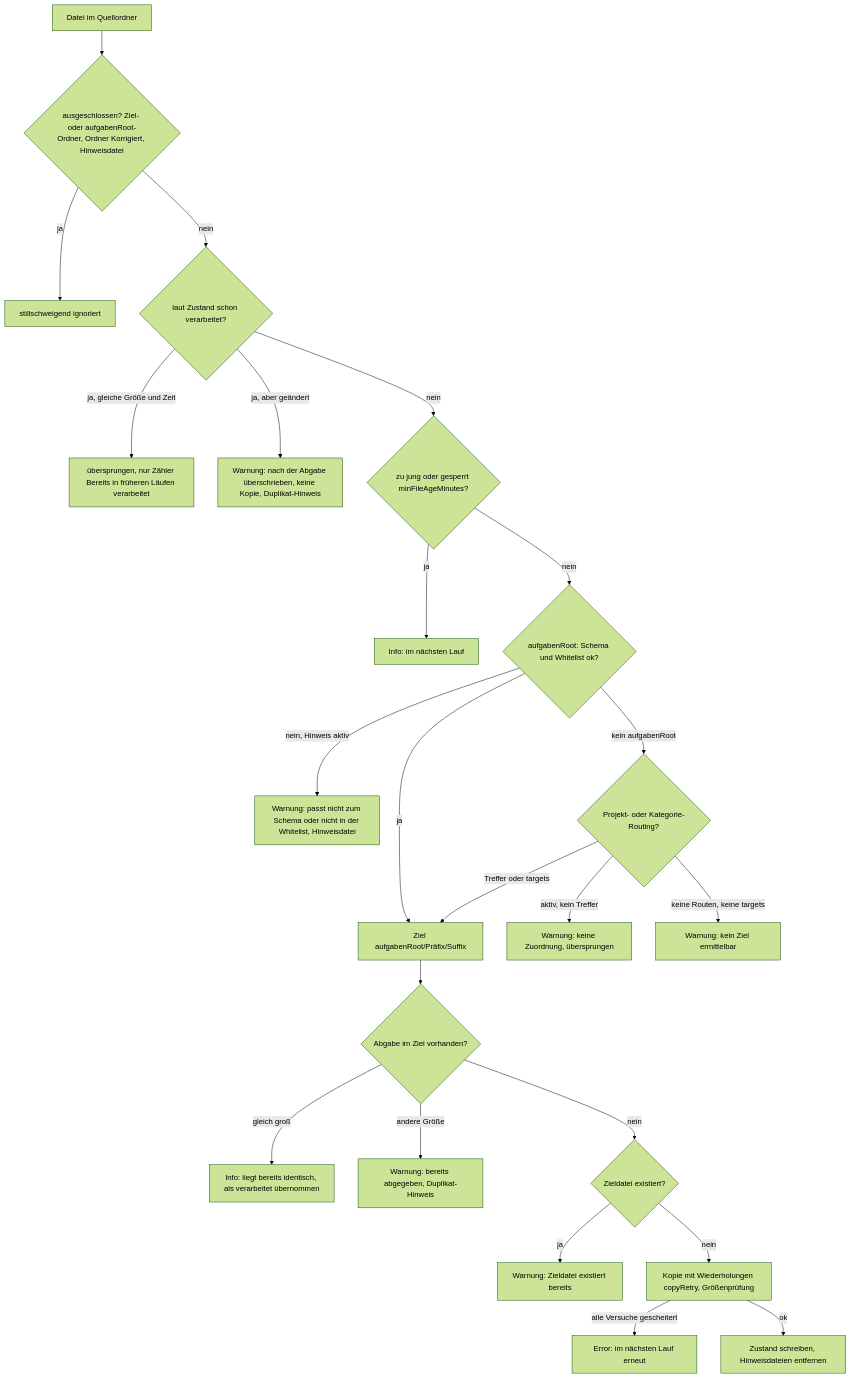
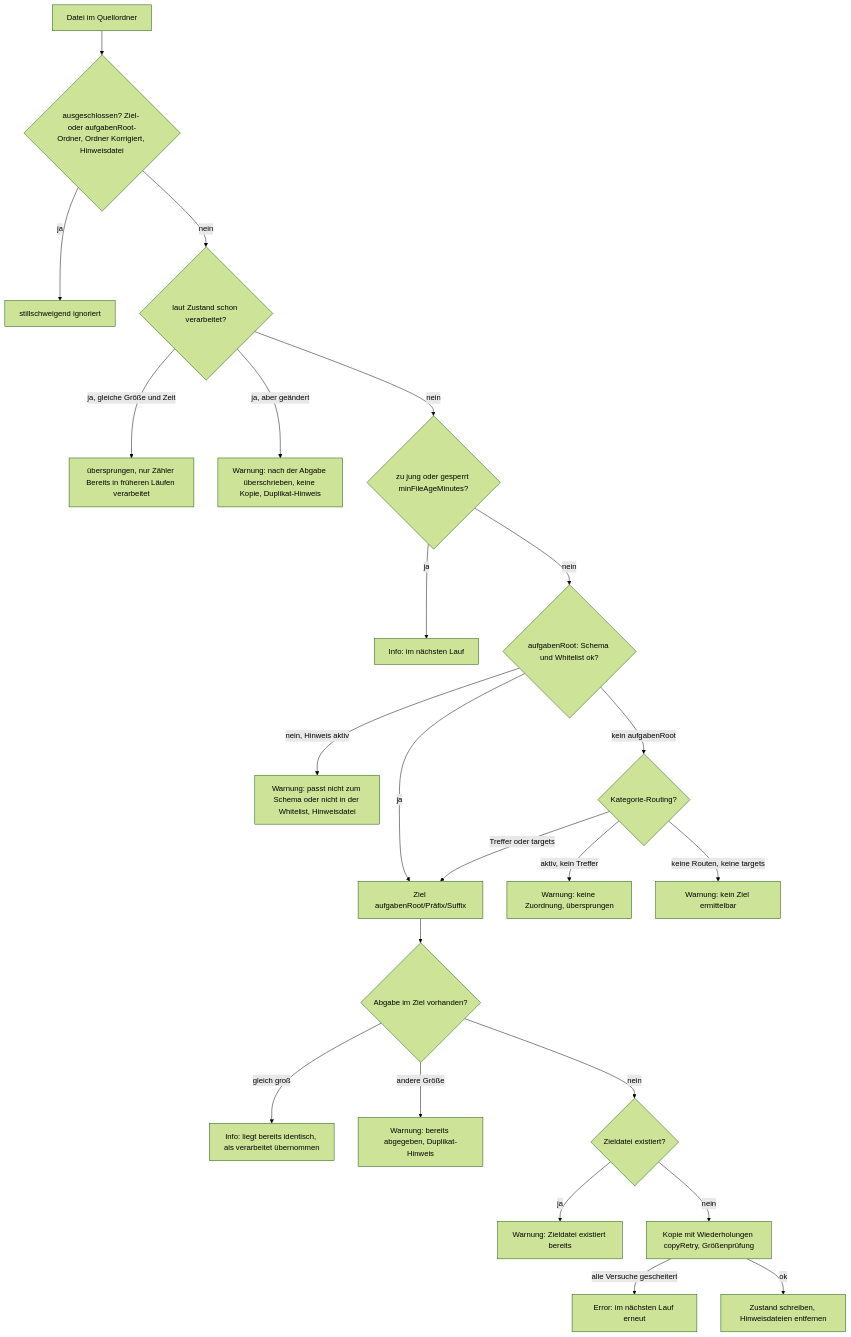
One commit to pkr-lab/docs changed the diagram in DocFlowEngine/debugging.md. Above: the diagram before and after it, drawn with Mermaid (forest theme). The commit also changed other lines of this file and 3 other files, not shown here.

````diff
--- a/DocFlowEngine/debugging.md
+++ b/DocFlowEngine/debugging.md
@@ -26,25 +26,25 @@
 ```mermaid
 flowchart TD
     A[Datei im Quellordner] --> B{ausgeschlossen? Ziel- oder aufgabenRoot-Ordner, Ordner Korrigiert, Hinweisdatei}
     B -->|ja| X1[stillschweigend ignoriert]
     B -->|nein| C{laut Zustand schon verarbeitet?}
     C -->|ja, gleiche Größe und Zeit| X2[übersprungen, nur Zähler Bereits in früheren Läufen verarbeitet]
     C -->|ja, aber geändert| X3[Warnung: nach der Abgabe überschrieben, keine Kopie, Duplikat-Hinweis]
     C -->|nein| D{zu jung oder gesperrt minFileAgeMinutes?}
     D -->|ja| X4[Info: im nächsten Lauf]
     D -->|nein| E{aufgabenRoot: Schema und Whitelist ok?}
     E -->|nein, Hinweis aktiv| X5[Warnung: passt nicht zum Schema oder nicht in der Whitelist, Hinweisdatei]
     E -->|ja| F[Ziel aufgabenRoot/Präfix/Suffix]
-    E -->|kein aufgabenRoot| G{Projekt- oder Kategorie-Routing?}
+    E -->|kein aufgabenRoot| G{Kategorie-Routing?}
     G -->|aktiv, kein Treffer| X6[Warnung: keine Zuordnung, übersprungen]
     G -->|keine Routen, keine targets| X7[Warnung: kein Ziel ermittelbar]
     G -->|Treffer oder targets| F
     F --> H{Abgabe im Ziel vorhanden?}
     H -->|gleich groß| X8[Info: liegt bereits identisch, als verarbeitet übernommen]
     H -->|andere Größe| X9[Warnung: bereits abgegeben, Duplikat-Hinweis]
     H -->|nein| I{Zieldatei existiert?}
     I -->|ja| X10[Warnung: Zieldatei existiert bereits]
     I -->|nein| J[Kopie mit Wiederholungen copyRetry, Größenprüfung]
     J -->|alle Versuche gescheitert| X11[Error: im nächsten Lauf erneut]
     J -->|ok| K[Zustand schreiben, Hinweisdateien entfernen]
 ```
````
